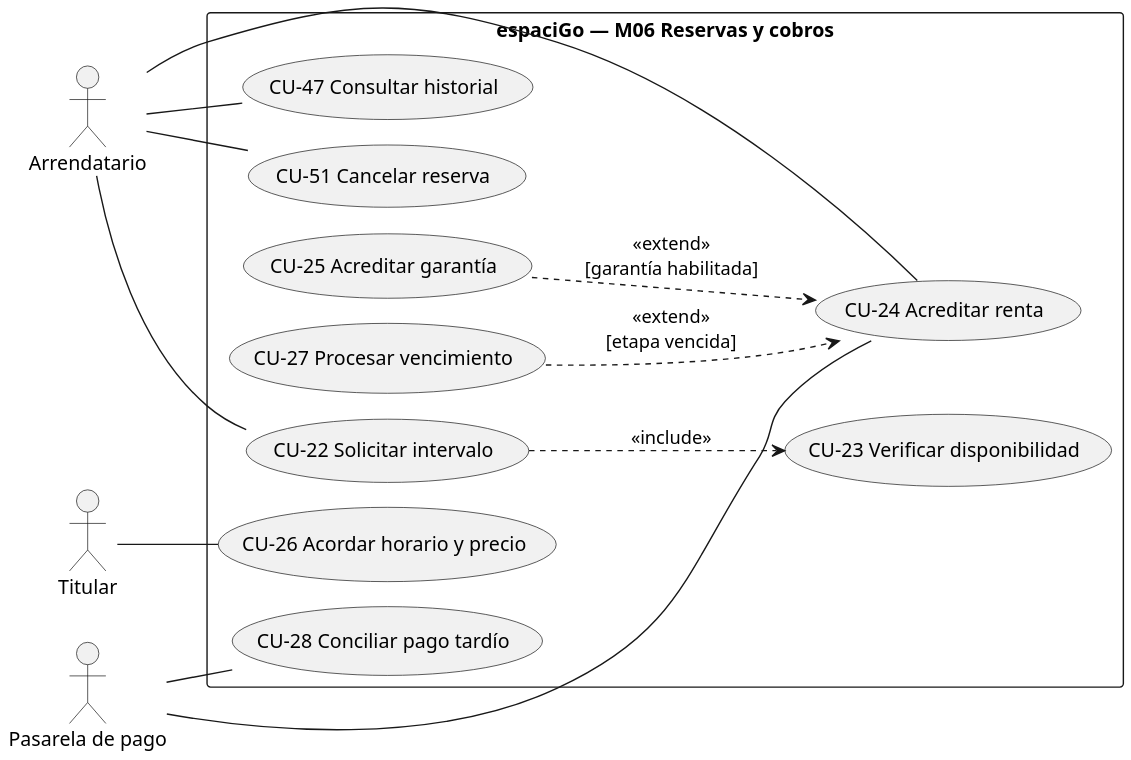
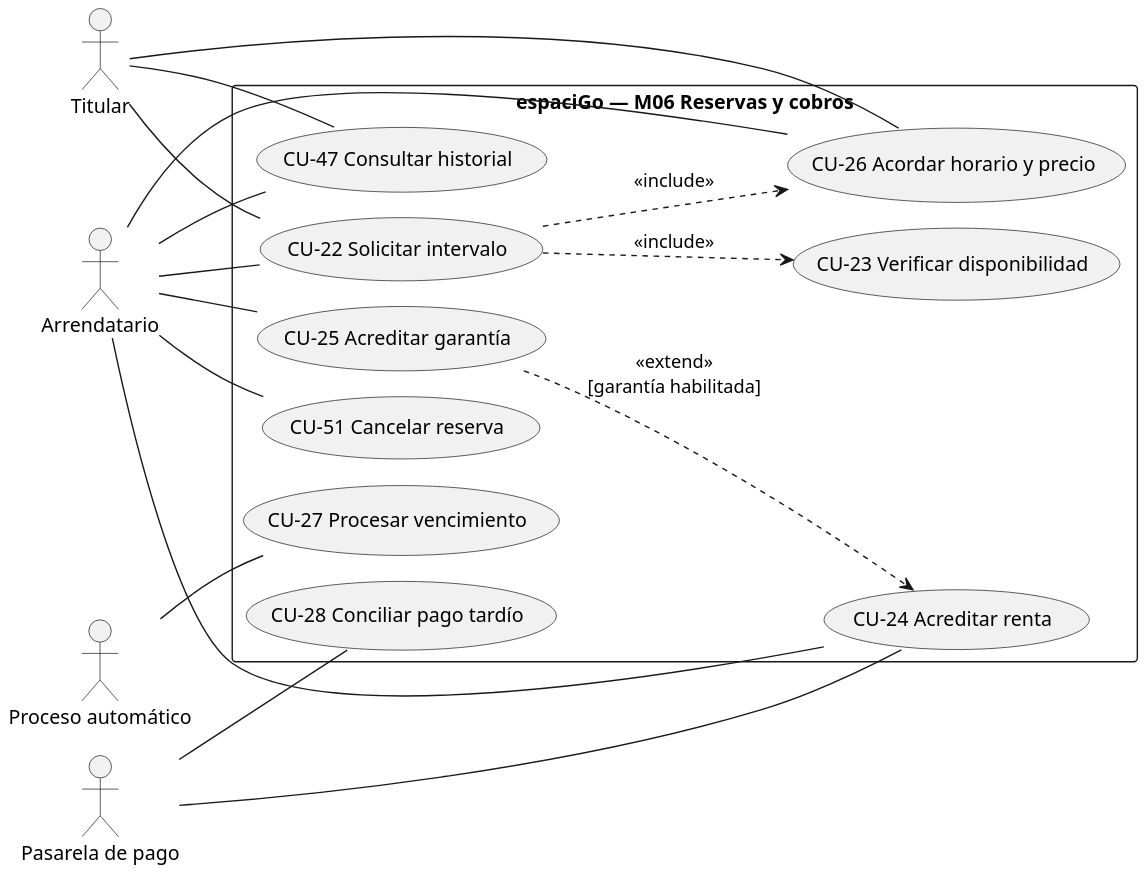
The diagram in tesis_final/assets/diagramas_src/anexo_c/cu_m06_reservas_escrow.puml (HernanEspinozaDev/proyectotitulo), drawn with PlantUML before and after one commit. The commit also changed 6 other files, not shown here.

Commit message:
docs: conciliar el diagrama de reservas y cobros

```diff
--- a/tesis_final/assets/diagramas_src/anexo_c/cu_m06_reservas_escrow.puml
+++ b/tesis_final/assets/diagramas_src/anexo_c/cu_m06_reservas_escrow.puml
@@ -1,30 +1,36 @@
 @startuml
 !pragma layout smetana
 skinparam shadowing false
 left to right direction
 skinparam dpi 170
 actor "Arrendatario" as AR
 actor "Titular" as TI
 actor "Pasarela de pago" as PSP
+actor "Proceso automático" as PA
 rectangle "espaciGo — M06 Reservas y cobros" {
   usecase "CU-22 Solicitar intervalo" as CU22
   usecase "CU-23 Verificar disponibilidad" as CU23
   usecase "CU-26 Acordar horario y precio" as CU26
   usecase "CU-24 Acreditar renta" as CU24
   usecase "CU-25 Acreditar garantía" as CU25
   usecase "CU-27 Procesar vencimiento" as CU27
   usecase "CU-28 Conciliar pago tardío" as CU28
   usecase "CU-47 Consultar historial" as CU47
   usecase "CU-51 Cancelar reserva" as CU51
 }
 AR -- CU22
+TI -- CU22
+AR -- CU26
 TI -- CU26
 AR -- CU24
 PSP -- CU24
 PSP -- CU28
 AR -- CU47
+TI -- CU47
+AR -- CU25
+PA -- CU27
 AR -- CU51
 CU22 ..> CU23 : <<include>>
+CU22 ..> CU26 : <<include>>
 CU25 ..> CU24 : <<extend>>\n[garantía habilitada]
-CU27 ..> CU24 : <<extend>>\n[etapa vencida]
 @enduml
```
